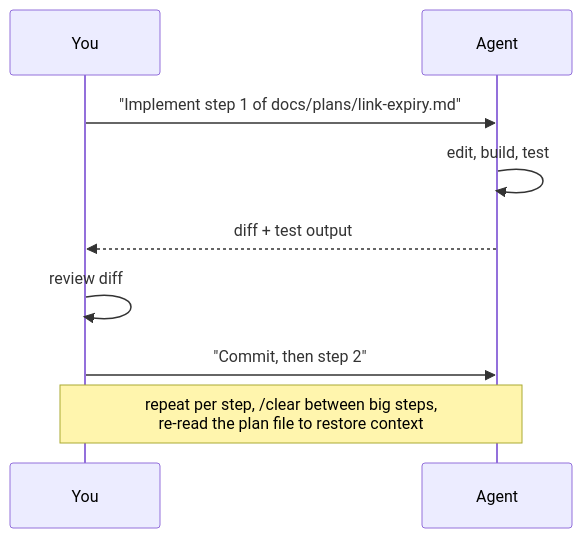
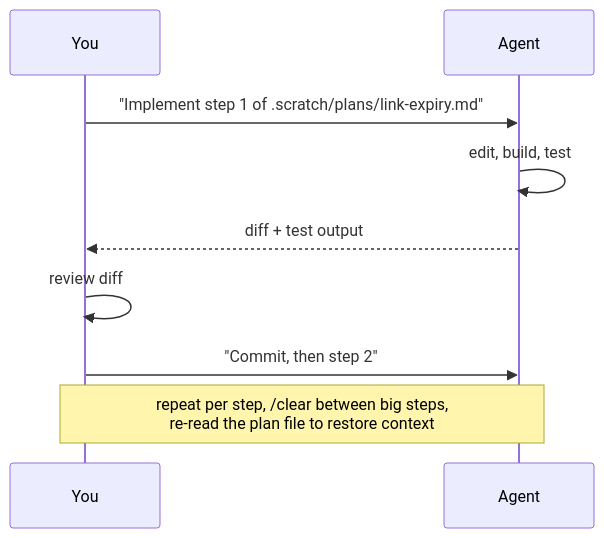
Before and after one commit to tomschinelli/ai-engineering-guide: the third of 4 diagrams in levels/03-spec-plan-code.md, drawn with Mermaid. The commit also changed other lines of this file and 14 other files, not shown here.

````diff
--- a/levels/03-spec-plan-code.md
+++ b/levels/03-spec-plan-code.md
@@ -201,11 +213,11 @@
 ```mermaid
 sequenceDiagram
     participant You
     participant Agent
-    You->>Agent: "Implement step 1 of docs/plans/link-expiry.md"
+    You->>Agent: "Implement step 1 of .scratch/plans/link-expiry.md"
     Agent->>Agent: edit, build, test
     Agent-->>You: diff + test output
     You->>You: review diff
     You->>Agent: "Commit, then step 2"
     Note over You,Agent: repeat per step, /clear between big steps,<br/>re-read the plan file to restore context
 ```
````
